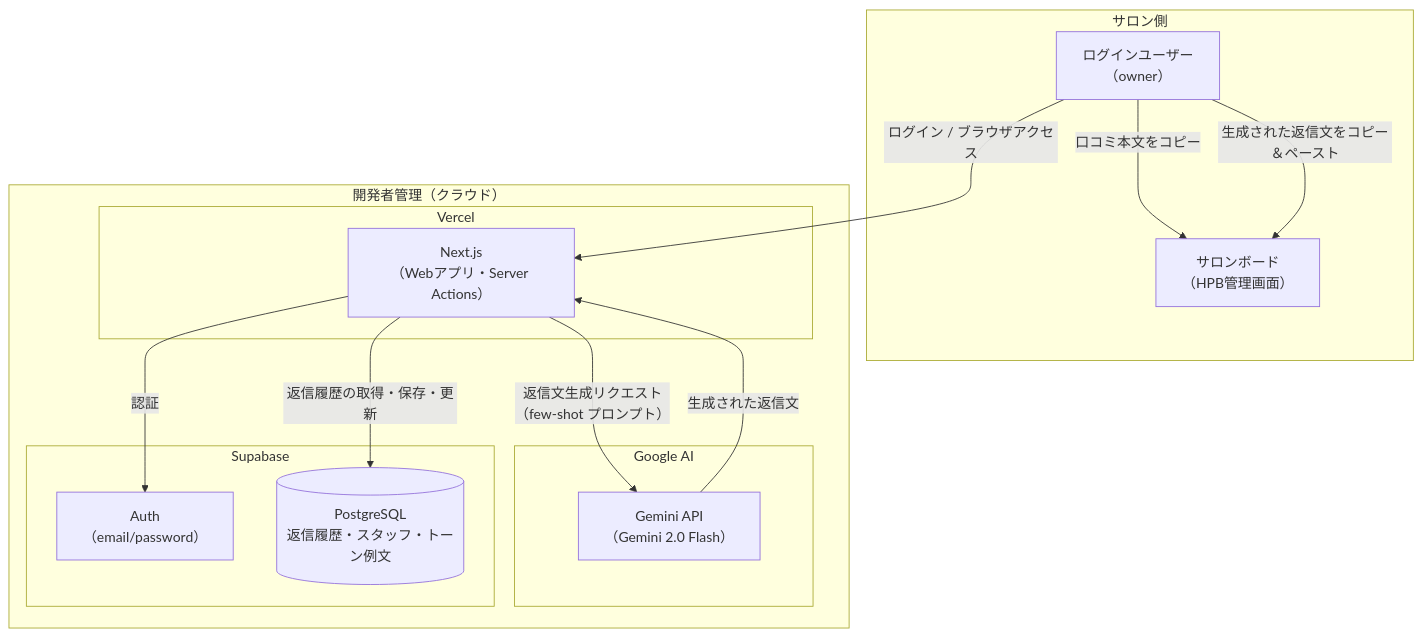
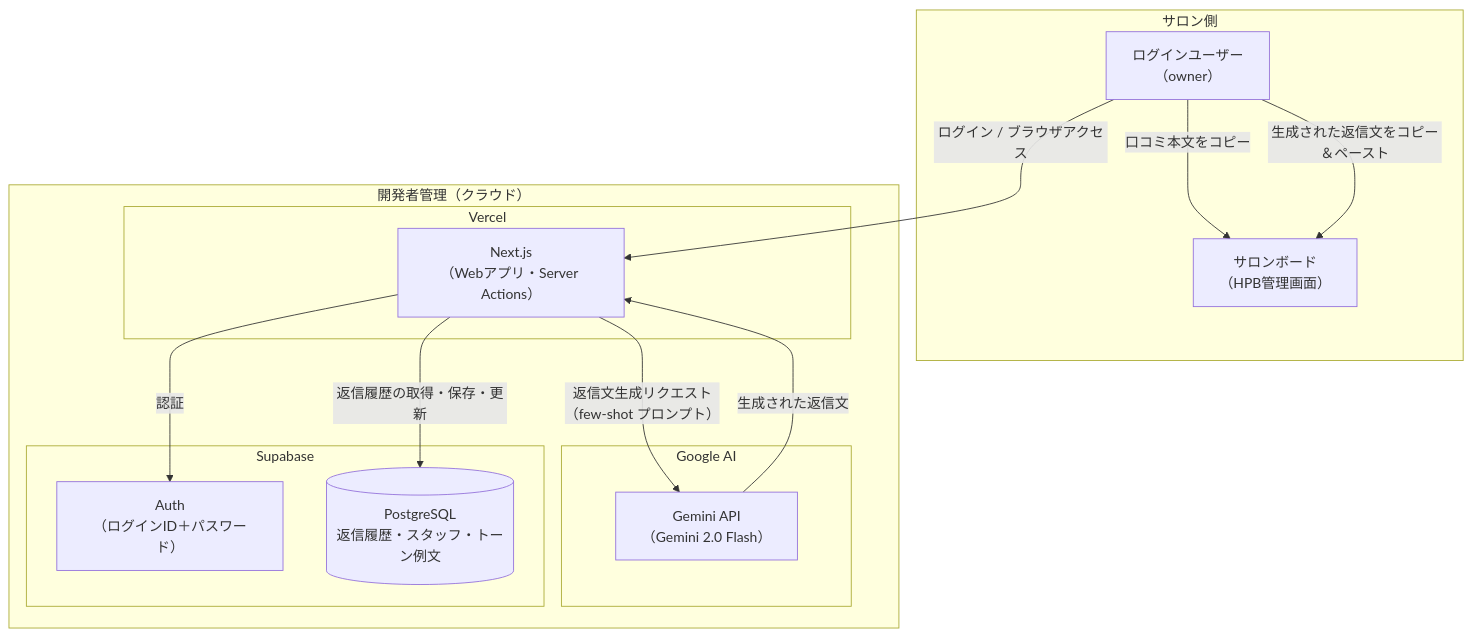
The first of 3 diagrams in docs/99_research/technology/architecture.md (fu-mi-man/salon-ai), drawn with Mermaid before and after one commit. The commit also changed 10 other files, not shown here.

````diff
--- a/docs/99_research/technology/architecture.md
+++ b/docs/99_research/technology/architecture.md
@@ -5,30 +5,30 @@
 ```mermaid
 graph TB
   subgraph salon["サロン側"]
     SB["サロンボード\n（HPB管理画面）"]
     US["ログインユーザー\n（owner）"]
   end
 
   subgraph cloud["開発者管理（クラウド）"]
     subgraph gemini["Google AI"]
       GEM["Gemini API\n（Gemini 2.0 Flash）"]
     end
 
     subgraph vercel["Vercel"]
       NX["Next.js\n（Webアプリ・Server Actions）"]
     end
 
     subgraph supabase["Supabase"]
-      AU["Auth\n（email/password）"]
+      AU["Auth\n（ログインID＋パスワード）"]
       DB[("PostgreSQL\n返信履歴・スタッフ・トーン例文")]
     end
   end
 
   US -->|"口コミ本文をコピー"| SB
   US -->|"ログイン / ブラウザアクセス"| NX
   NX -->|"認証"| AU
   NX -->|"返信文生成リクエスト\n（few-shot プロンプト）"| GEM
   GEM -->|"生成された返信文"| NX
   NX -->|"返信履歴の取得・保存・更新"| DB
   US -->|"生成された返信文をコピー＆ペースト"| SB
 ```
````
